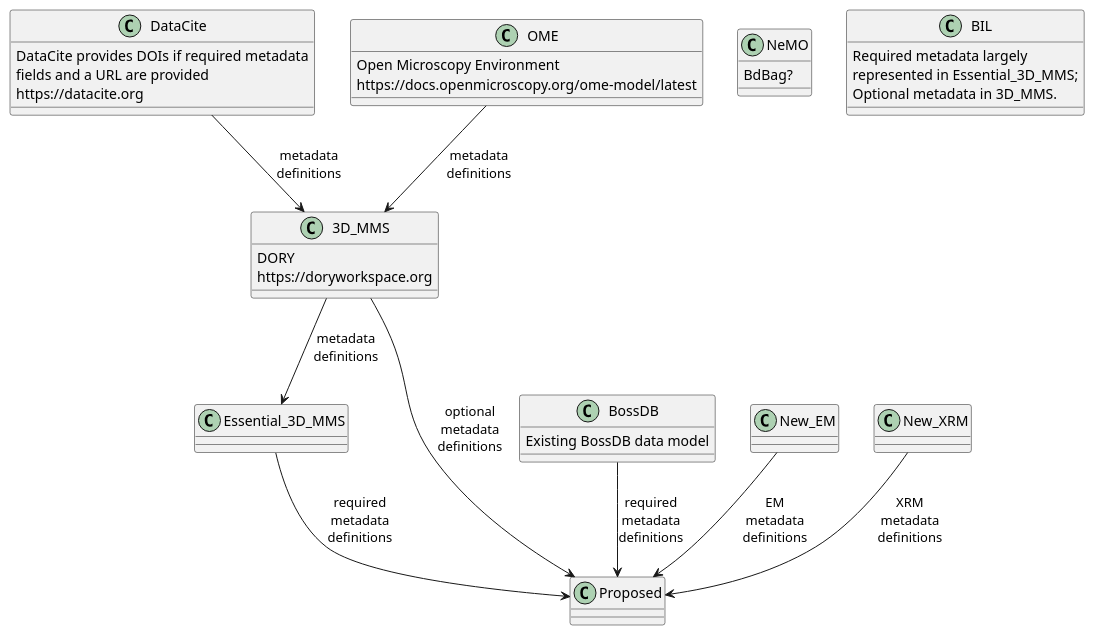
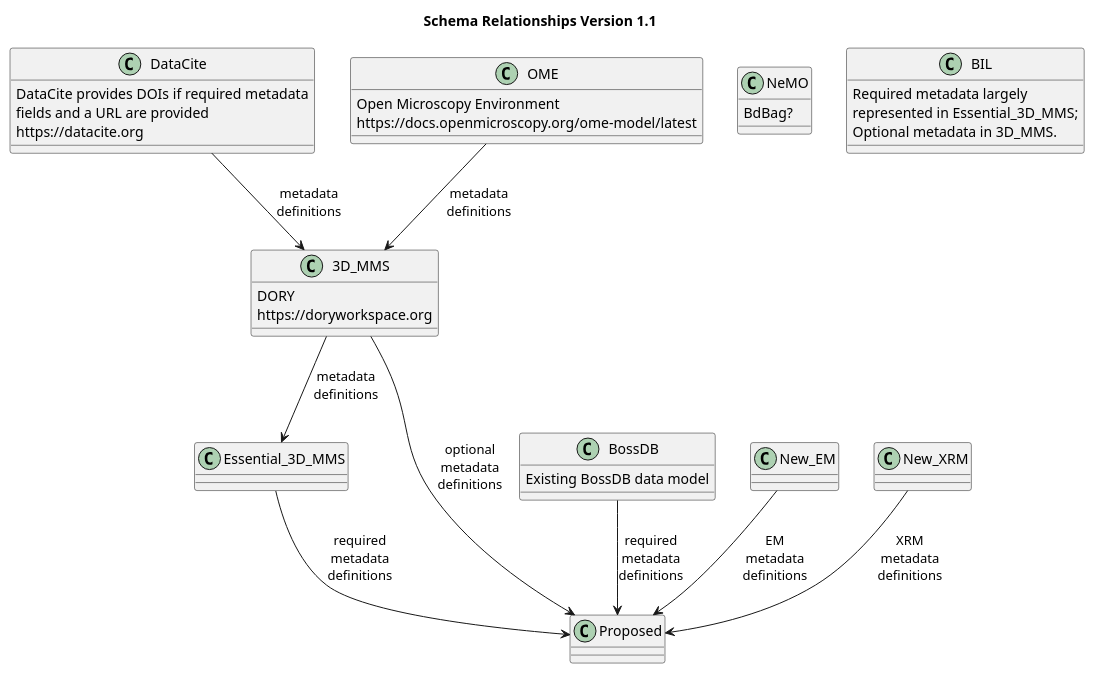
Before and after one commit to aplbrain/BENCHMARK-Metadata: the diagram in image-metadata/metadata/standards-development/schema-relationships-version-1.1.plantuml, drawn with PlantUML. The commit also changed 4 other files, not shown here.

Commit message:
Adding PNG image Output of Plant UML's with Corresponding Title and Version Control

```diff
--- a/image-metadata/metadata/standards-development/schema-relationships-version-1.1.plantuml
+++ b/image-metadata/metadata/standards-development/schema-relationships-version-1.1.plantuml
@@ -1,56 +1,58 @@
 @startuml
+title Schema Relationships Version 1.1
+
 class DataCite {
 DataCite provides DOIs if required metadata 
 fields and a URL are provided
 https://datacite.org
 }
 
 class OME {
 Open Microscopy Environment
 https://docs.openmicroscopy.org/ome-model/latest
 }
 
 class 3D_MMS {
 DORY
 https://doryworkspace.org
 }
 
 class Essential_3D_MMS {
 }
 
 class BossDB {
 Existing BossDB data model
 }
 
 class NeMO {
 BdBag?
 }
 
 class BIL {
 Required metadata largely 
 represented in Essential_3D_MMS; 
 Optional metadata in 3D_MMS.
 }
 
 class Proposed {
 }
 
 class New_EM {
 }
 
 class New_XRM {
 }
 
 
 3D_MMS --> Essential_3D_MMS: metadata\ndefinitions
 OME --> 3D_MMS: metadata\ndefinitions
 DataCite --> 3D_MMS: metadata\ndefinitions
 
 BossDB --> Proposed: required\nmetadata\ndefinitions
 Essential_3D_MMS --> Proposed: required\nmetadata\ndefinitions
 3D_MMS --> Proposed: optional\nmetadata\ndefinitions
 New_EM --> Proposed: EM\nmetadata\ndefinitions
 New_XRM --> Proposed: XRM\nmetadata\ndefinitions
 
 
 @enduml
```
